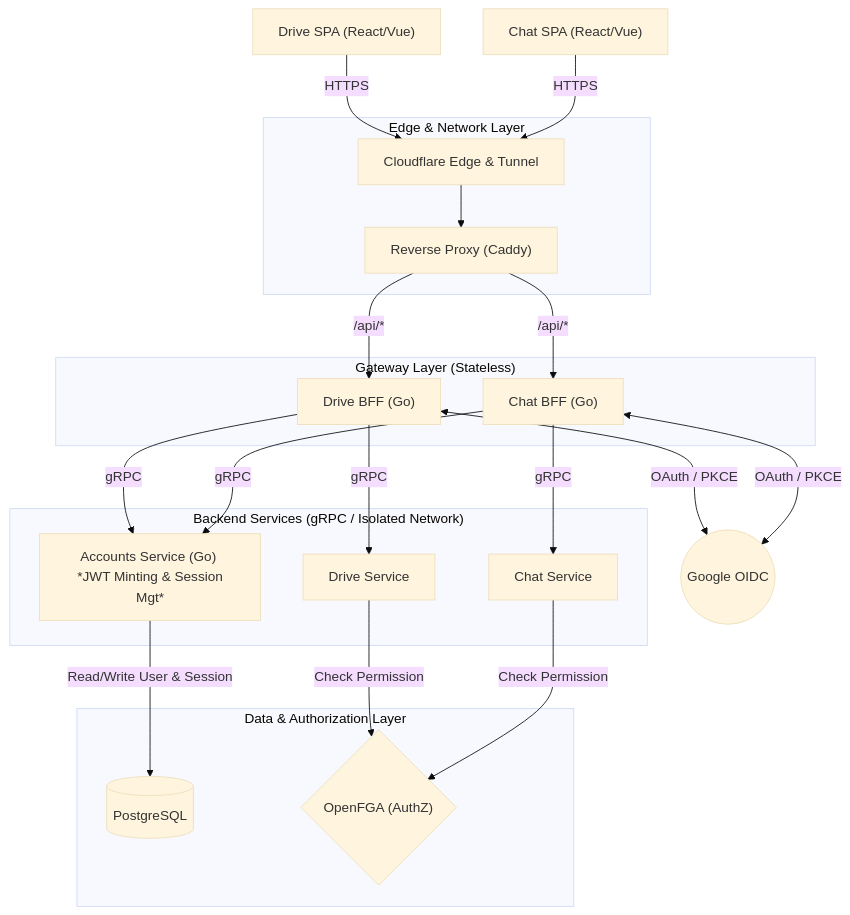
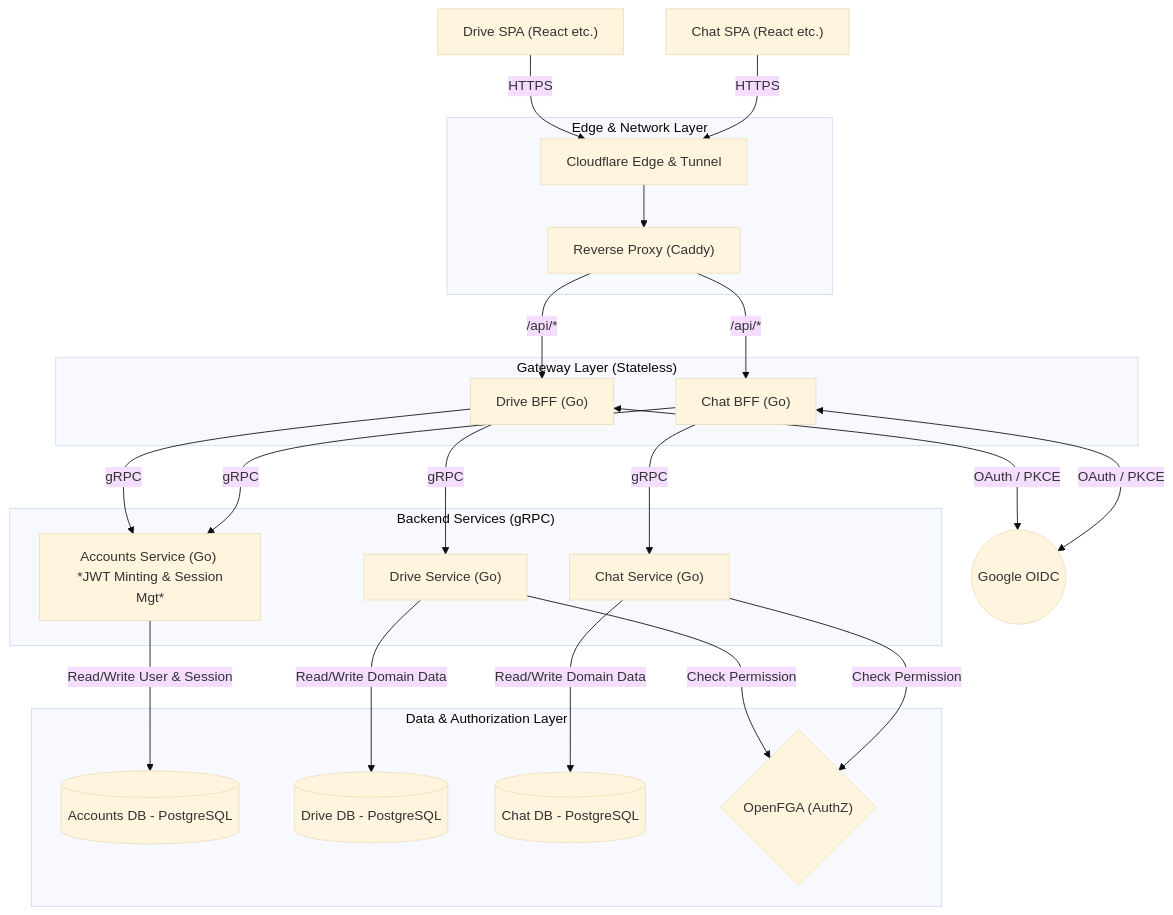
Before and after one commit to barn0w1/hss-science: the first of 2 diagrams in docs/AUTH.md, drawn with Mermaid (base theme). The commit also changed other lines of this file and 2 other files, not shown here.

````diff
--- a/docs/AUTH.md
+++ b/docs/AUTH.md
@@ -19,57 +47,64 @@
 ```mermaid
 graph TD
     %% Clients
-    SPA_Drive["Drive SPA (React/Vue)"]
-    SPA_Chat["Chat SPA (React/Vue)"]
+    SPA_Drive["Drive SPA (React etc.)"]
+    SPA_Chat["Chat SPA (React etc.)"]
 
     %% Edge & Proxy
     subgraph "Edge & Network Layer"
         CF["Cloudflare Edge & Tunnel"]
         Caddy["Reverse Proxy (Caddy)"]
     end
 
     %% BFF Layer
     subgraph "Gateway Layer (Stateless)"
         BFF_Drive["Drive BFF (Go)"]
         BFF_Chat["Chat BFF (Go)"]
     end
 
     %% Backend Layer
-    subgraph "Backend Services (gRPC / Isolated Network)"
+    subgraph "Backend Services (gRPC)"
         AccountSvc["Accounts Service (Go) <br> *JWT Minting & Session Mgt*"]
-        DriveSvc["Drive Service"]
-        ChatSvc["Chat Service"]
+        DriveSvc["Drive Service (Go)"]
+        ChatSvc["Chat Service (Go)"]
     end
 
     %% Data & AuthZ Layer
     subgraph "Data & Authorization Layer"
-        DB[(PostgreSQL)]
+        AccountDB[(Accounts DB - PostgreSQL)]
+        DriveDB[(Drive DB - PostgreSQL)]
+        ChatDB[(Chat DB - PostgreSQL)]
         OpenFGA{"OpenFGA (AuthZ)"}
     end
 
     %% External
     Google(("Google OIDC"))
 
     %% Connections
     SPA_Drive -->|HTTPS| CF
     SPA_Chat -->|HTTPS| CF
     CF --> Caddy
     
     Caddy -->|/api/*| BFF_Drive
     Caddy -->|/api/*| BFF_Chat
 
     BFF_Drive <-->|OAuth / PKCE| Google
     BFF_Chat <-->|OAuth / PKCE| Google
 
     BFF_Drive -->|gRPC| AccountSvc
     BFF_Chat -->|gRPC| AccountSvc
     
     BFF_Drive -->|gRPC| DriveSvc
     BFF_Chat -->|gRPC| ChatSvc
 
-    AccountSvc -->|Read/Write User & Session| DB
-    
+    %% Account DB
+    AccountSvc -->|Read/Write User & Session| AccountDB
+
+    %% Domain DBs
+    DriveSvc -->|Read/Write Domain Data| DriveDB
+    ChatSvc -->|Read/Write Domain Data| ChatDB
+
+    %% Authorization
     DriveSvc -->|Check Permission| OpenFGA
     ChatSvc -->|Check Permission| OpenFGA
-
 ```
````
